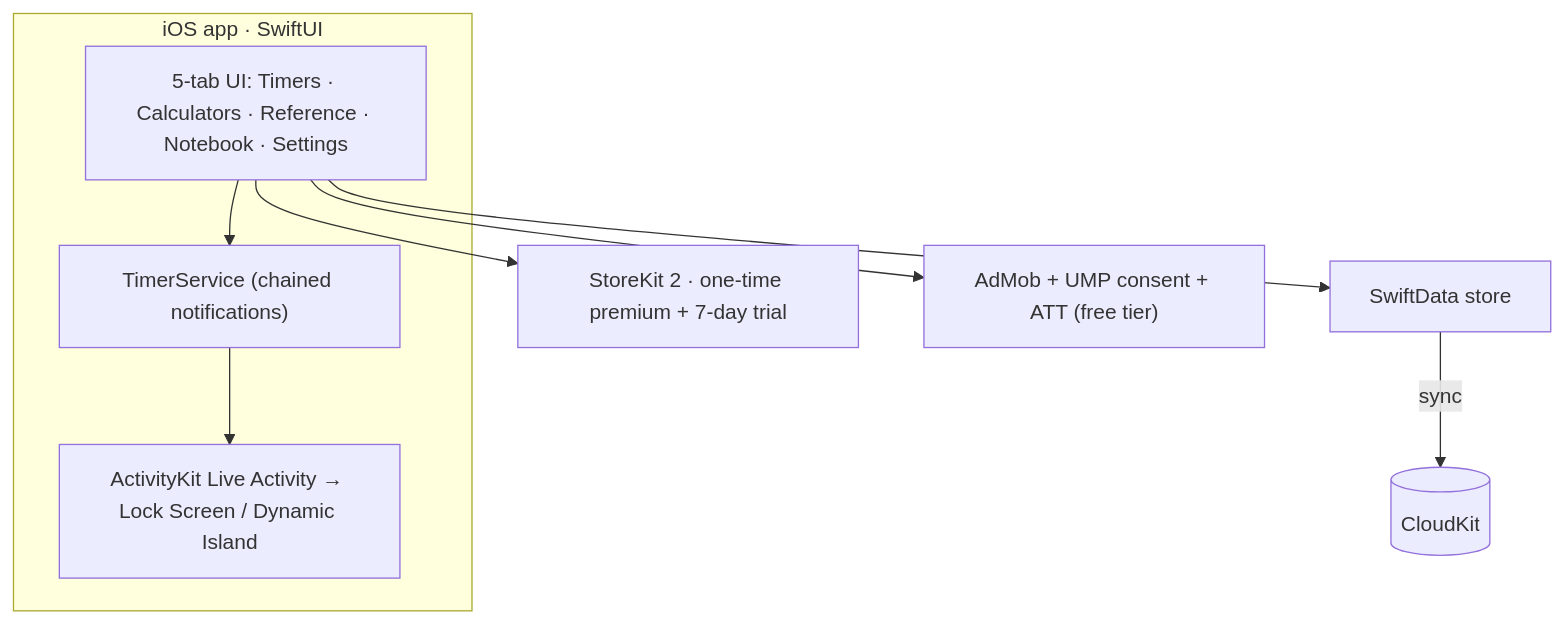
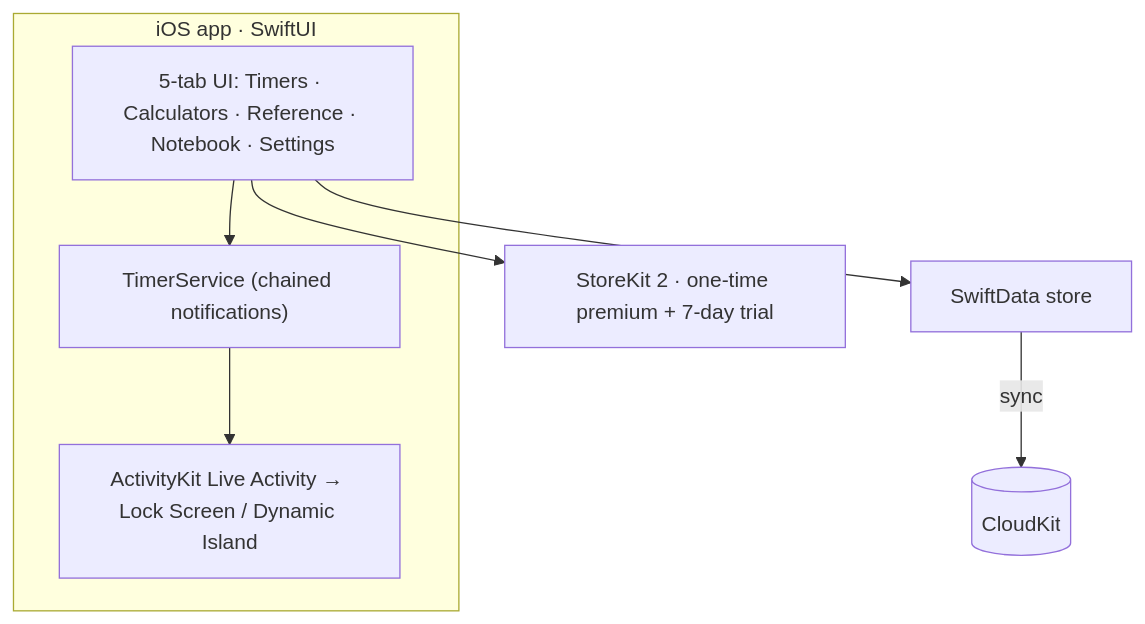
One commit to alentrgovcevic/LabCompanion-overview changed the diagram in README.md. Above: the diagram before and after it, drawn with Mermaid. The commit also changed other lines of this file and 3 other files, not shown here.

````diff
--- a/README.md
+++ b/README.md
@@ -16,13 +16,12 @@
 ```mermaid
 flowchart TD
   subgraph App["iOS app · SwiftUI"]
     UI["5-tab UI: Timers · Calculators · Reference · Notebook · Settings"]
     TS["TimerService (chained notifications)"]
     LA["ActivityKit Live Activity → Lock Screen / Dynamic Island"]
     UI --> TS --> LA
   end
   UI --> DATA["SwiftData store"]
   DATA -->|sync| CK[("CloudKit")]
   UI --> SK["StoreKit 2 · one-time premium + 7-day trial"]
-  UI --> ADS["AdMob + UMP consent + ATT (free tier)"]
 ```
````
